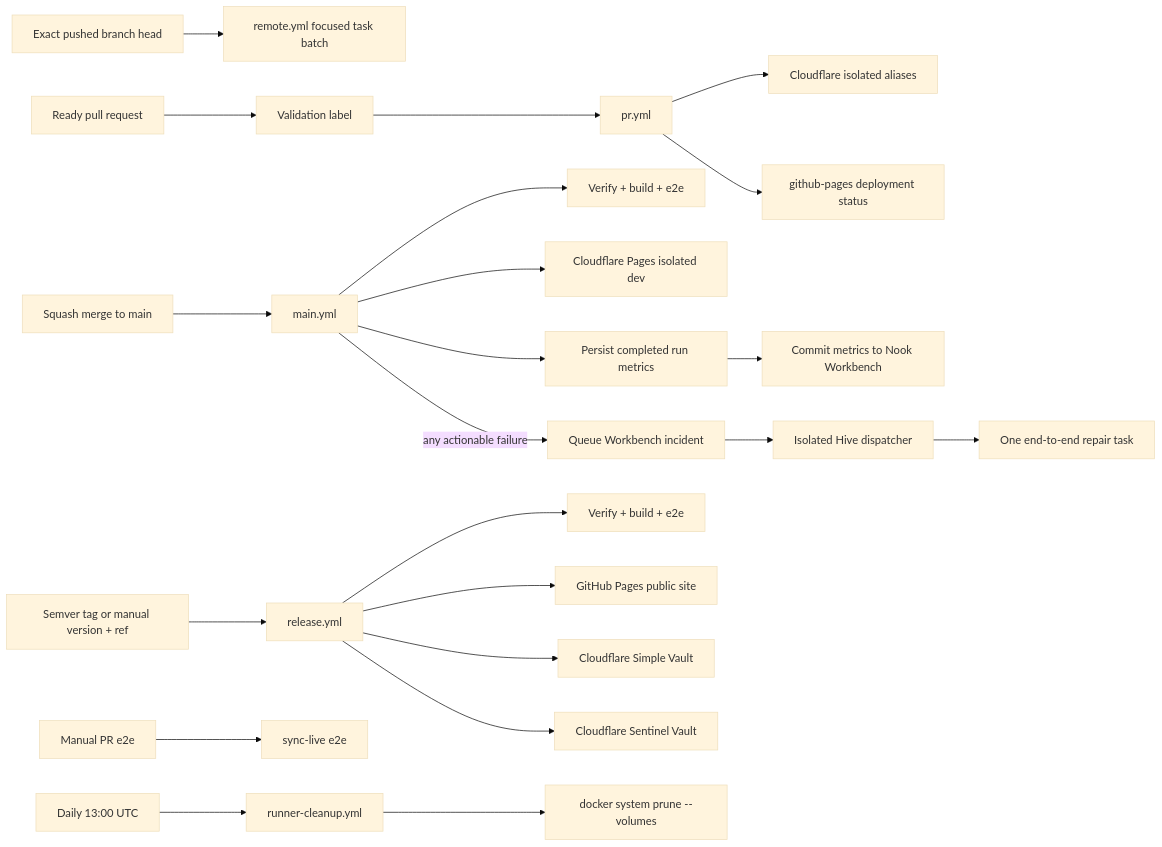
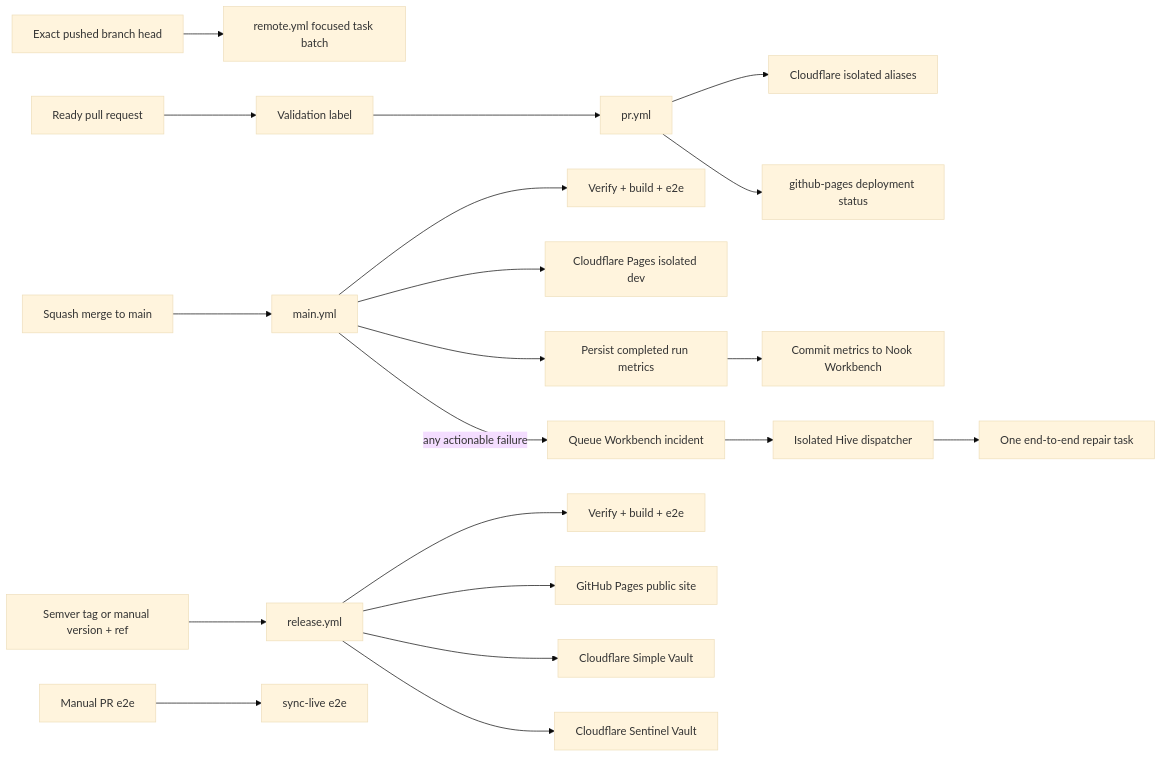
Before and after one commit to meta-secret/nook: the diagram in .cortex/workflows/ci-pipeline.md, drawn with Mermaid (base theme). The commit also changed other lines of this file and 9 other files, not shown here.

Commit message:
fix(infra): retire legacy runner cleanup

````diff
--- a/.cortex/workflows/ci-pipeline.md
+++ b/.cortex/workflows/ci-pipeline.md
@@ -223,28 +214,26 @@
 ```mermaid
 flowchart LR
   branch[Exact pushed branch head] --> remote_yml[remote.yml focused task batch]
   PR[Ready pull request] --> label[Validation label]
   label --> pr_yml[pr.yml]
   pr_yml --> preview[Cloudflare isolated aliases]
   pr_yml --> pr_deployment[github-pages deployment status]
 
   merge[Squash merge to main] --> main_yml[main.yml]
   main_yml --> main_verify[Verify + build + e2e]
   main_yml --> cf_dev[Cloudflare Pages isolated dev]
   main_yml --> main_stats[Persist completed run metrics]
   main_stats --> workbench_stats[Commit metrics to Nook Workbench]
   main_yml -->|any actionable failure| main_failure[Queue Workbench incident]
   main_failure --> hive_dispatcher[Isolated Hive dispatcher]
   hive_dispatcher --> hive_worker[One end-to-end repair task]
 
   release[Semver tag or manual version + ref] --> release_yml[release.yml]
   release_yml --> release_verify[Verify + build + e2e]
   release_yml --> pages[GitHub Pages public site]
   release_yml --> simple_cf[Cloudflare Simple Vault]
   release_yml --> sentinel_cf[Cloudflare Sentinel Vault]
 
   manual_e2e[Manual PR e2e] --> e2e_live[sync-live e2e]
 
-  cleanup_cron[Daily 13:00 UTC] --> cleanup[runner-cleanup.yml]
-  cleanup --> docker_prune["docker system prune --volumes"]
 ```
````
